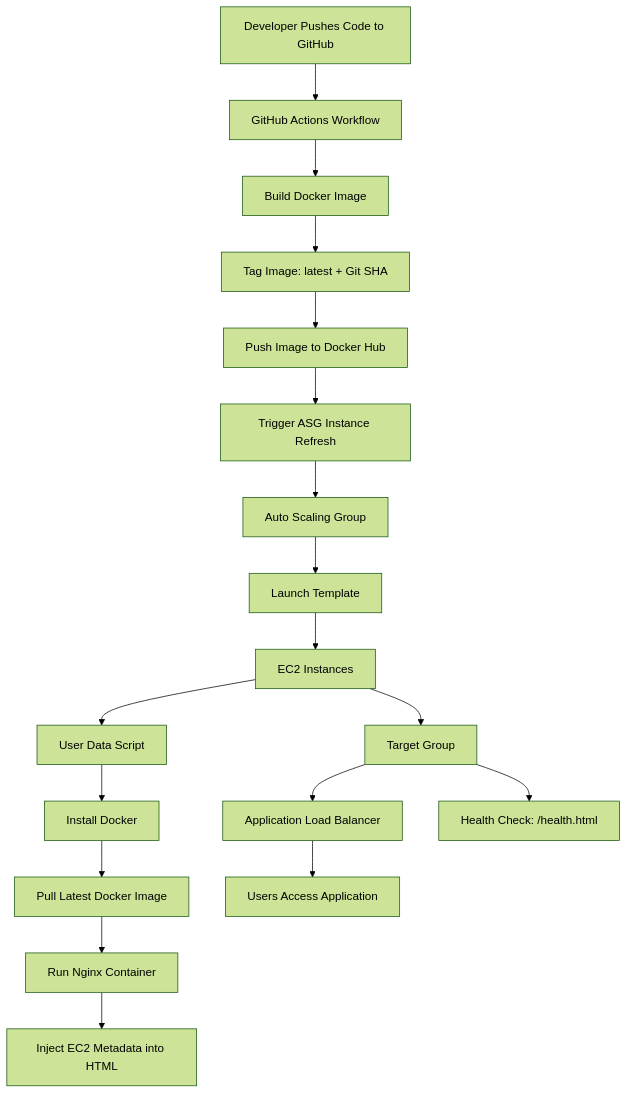
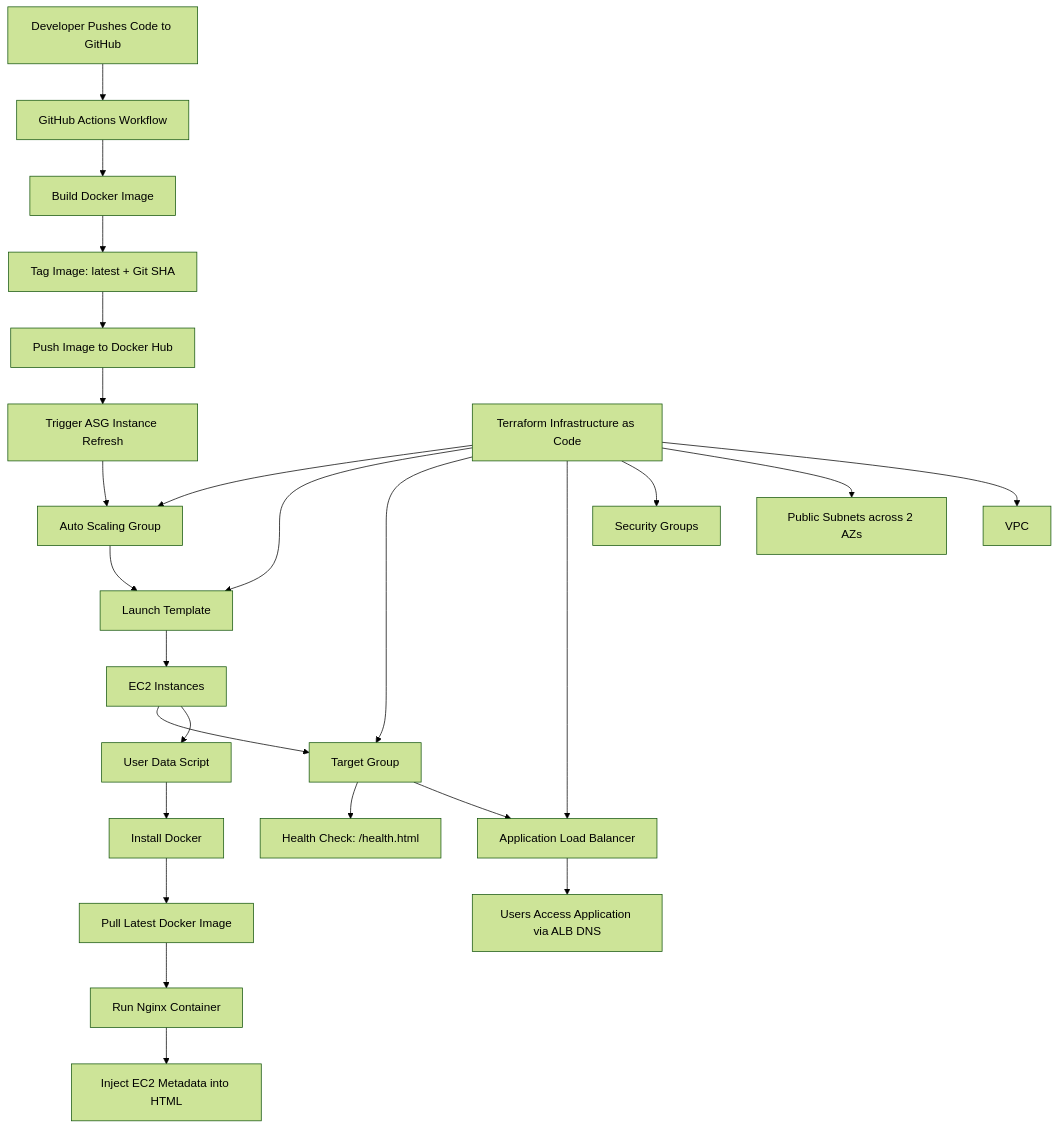
One commit to Payal-prog/project-3-cicd-ec2 changed the diagram in README.md. Above: the diagram before and after it, drawn with Mermaid (forest theme). The commit also changed other lines of this file, not shown here.

````diff
--- a/README.md
+++ b/README.md
@@ -172,25 +176,33 @@
 ```mermaid
 flowchart TD
     A[Developer Pushes Code to GitHub] --> B[GitHub Actions Workflow]
+
     B --> C[Build Docker Image]
     C --> D[Tag Image: latest + Git SHA]
     D --> E[Push Image to Docker Hub]
     E --> F[Trigger ASG Instance Refresh]
 
-    F --> G[Auto Scaling Group]
-    G --> H[Launch Template]
-    H --> I[EC2 Instances]
+    T[Terraform Infrastructure as Code] --> V[VPC]
+    T --> S[Public Subnets across 2 AZs]
+    T --> SG[Security Groups]
+    T --> ALB[Application Load Balancer]
+    T --> TG[Target Group]
+    T --> LT[Launch Template]
+    T --> ASG[Auto Scaling Group]
 
-    I --> J[User Data Script]
-    J --> K[Install Docker]
-    K --> L[Pull Latest Docker Image]
-    L --> M[Run Nginx Container]
-    M --> N[Inject EC2 Metadata into HTML]
+    F --> ASG
+    ASG --> LT
+    LT --> EC2[EC2 Instances]
 
-    I --> O[Target Group]
-    O --> P[Application Load Balancer]
-    P --> Q[Users Access Application]
+    EC2 --> UD[User Data Script]
+    UD --> DCK[Install Docker]
+    DCK --> PULL[Pull Latest Docker Image]
+    PULL --> RUN[Run Nginx Container]
+    RUN --> META[Inject EC2 Metadata into HTML]
 
-    O --> R[Health Check: /health.html]
+    EC2 --> TG
+    TG --> ALB
+    ALB --> USER[Users Access Application via ALB DNS]
 
+    TG --> HC[Health Check: /health.html]
 ```
````
